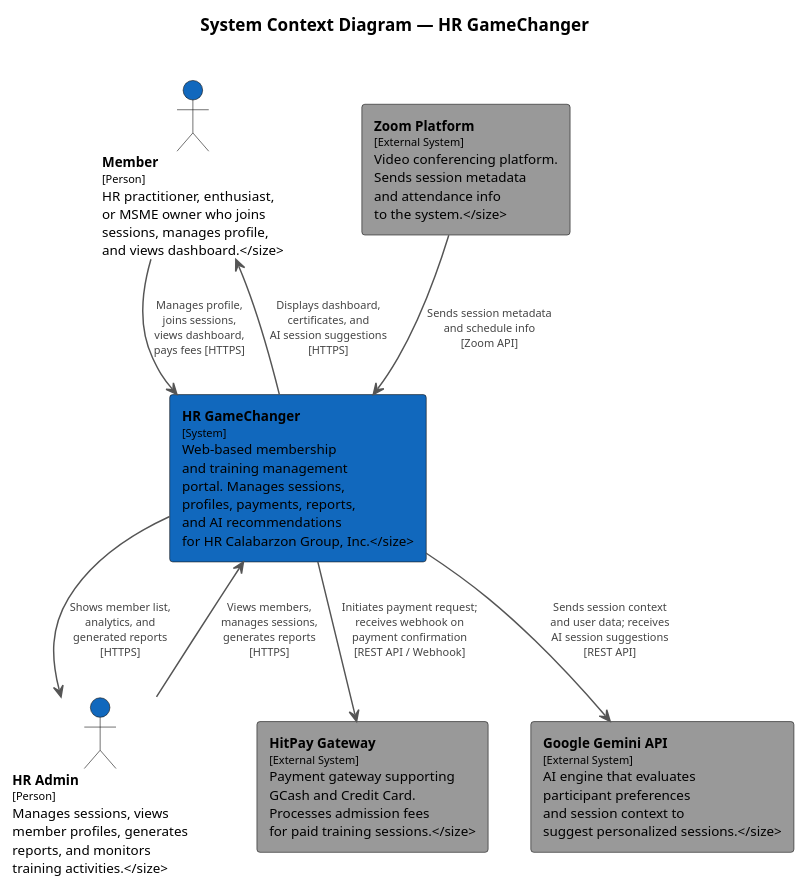
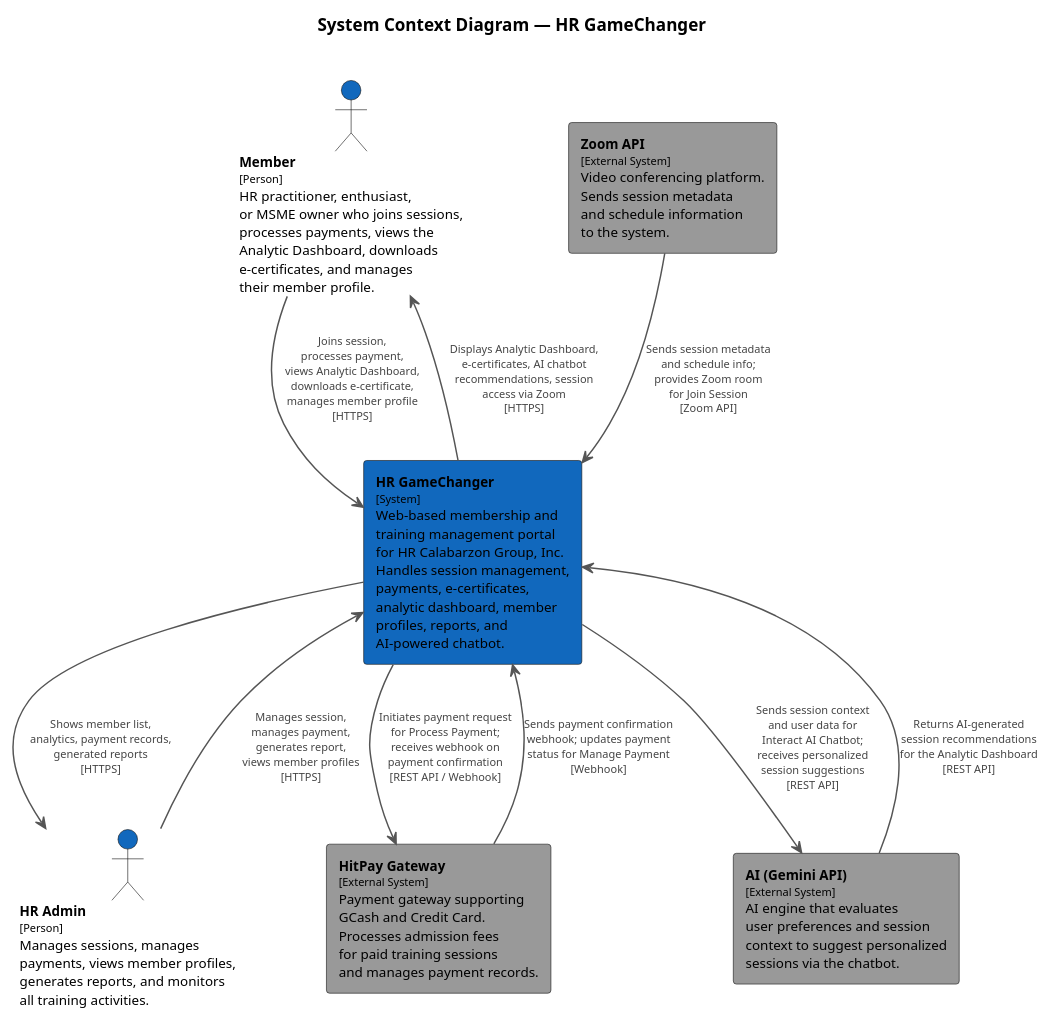
The diagram in docs/MSYADD1/C4 Diagram/SystemDiagram.puml (APC-SoCIT/APC-2026-2027-T1-SF241-Grp4-GameChanger-Web-Application-AI-Assisted-Membership-), drawn with PlantUML before and after one commit.

Commit message:
Revise System Context Diagram for HR GameChanger
Updated the System Context Diagram to include new features and improved descriptions for members and HR admins. Enhanced relationships with external systems and clarified interactions.

```diff
--- a/docs/MSYADD1/C4 Diagram/SystemDiagram.puml
+++ b/docs/MSYADD1/C4 Diagram/SystemDiagram.puml
@@ -1,43 +1,49 @@
 @startuml
 
 skinparam backgroundColor #FFFFFF
 skinparam defaultFontName Arial
 skinparam defaultFontSize 11
 skinparam ArrowColor #555555
 skinparam ArrowThickness 1.2
 skinparam ArrowFontSize 9
 skinparam ArrowFontColor #444444
 
 title <b>System Context Diagram — HR GameChanger</b>\n
 
 ' ── PEOPLE ──
-actor "**Member**\n<size:9>[Person]\nHR practitioner, enthusiast,\nor MSME owner who joins\nsessions, manages profile,\nand views dashboard.</size>" as MEM #1168BD
+actor "**Member**\n<size:9>[Person]\nHR practitioner, enthusiast,\nor MSME owner who joins sessions,\nprocesses payments, views the\nAnalytic Dashboard, downloads\ne-certificates, and manages\ntheir member profile." as MEM #1168BD
 
-actor "**HR Admin**\n<size:9>[Person]\nManages sessions, views\nmember profiles, generates\nreports, and monitors\ntraining activities.</size>" as HR #1168BD
+actor "**HR Admin**\n<size:9>[Person]\nManages sessions, manages\npayments, views member profiles,\ngenerates reports, and monitors\nall training activities." as HR #1168BD
 
 ' ── MAIN SYSTEM ──
-rectangle "**HR GameChanger**\n<size:9>[System]\nWeb-based membership\nand training management\nportal. Manages sessions,\nprofiles, payments, reports,\nand AI recommendations\nfor HR Calabarzon Group, Inc.</size>" as GC #1168BD
+rectangle "**HR GameChanger**\n<size:9>[System]\nWeb-based membership and\ntraining management portal\nfor HR Calabarzon Group, Inc.\nHandles session management,\npayments, e-certificates,\nanalytic dashboard, member\nprofiles, reports, and\nAI-powered chatbot." as GC #1168BD
 
 ' ── EXTERNAL SYSTEMS ──
-rectangle "**Zoom Platform**\n<size:9>[External System]\nVideo conferencing platform.\nSends session metadata\nand attendance info\nto the system.</size>" as ZOOM #999999
+rectangle "**Zoom API**\n<size:9>[External System]\nVideo conferencing platform.\nSends session metadata\nand schedule information\nto the system." as ZOOM #999999
 
-rectangle "**HitPay Gateway**\n<size:9>[External System]\nPayment gateway supporting\nGCash and Credit Card.\nProcesses admission fees\nfor paid training sessions.</size>" as HP #999999
+rectangle "**HitPay Gateway**\n<size:9>[External System]\nPayment gateway supporting\nGCash and Credit Card.\nProcesses admission fees\nfor paid training sessions\nand manages payment records." as HP #999999
 
-rectangle "**Google Gemini API**\n<size:9>[External System]\nAI engine that evaluates\nparticipant preferences\nand session context to\nsuggest personalized sessions.</size>" as GEM #999999
+rectangle "**AI (Gemini API)**\n<size:9>[External System]\nAI engine that evaluates\nuser preferences and session\ncontext to suggest personalized\nsessions via the chatbot." as GEM #999999
 
-' ── RELATIONSHIPS ──
-MEM --> GC : "Manages profile,\njoins sessions,\nviews dashboard,\npays fees [HTTPS]"
+' ── MEMBER RELATIONSHIPS ──
+MEM --> GC : "Joins session,\nprocesses payment,\nviews Analytic Dashboard,\ndownloads e-certificate,\nmanages member profile\n[HTTPS]"
 
-HR --> GC : "Views members,\nmanages sessions,\ngenerates reports\n[HTTPS]"
+GC --> MEM : "Displays Analytic Dashboard,\ne-certificates, AI chatbot\nrecommendations, session\naccess via Zoom\n[HTTPS]"
 
-GC --> MEM : "Displays dashboard,\ncertificates, and\nAI session suggestions\n[HTTPS]"
+' ── HR ADMIN RELATIONSHIPS ──
+HR --> GC : "Manages session,\nmanages payment,\ngenerates report,\nviews member profiles\n[HTTPS]"
 
-GC --> HR : "Shows member list,\nanalytics, and\ngenerated reports\n[HTTPS]"
+GC --> HR : "Shows member list,\nanalytics, payment records,\ngenerated reports\n[HTTPS]"
 
-ZOOM --> GC : "Sends session metadata\nand schedule info\n[Zoom API]"
+' ── EXTERNAL SYSTEM RELATIONSHIPS ──
+ZOOM --> GC : "Sends session metadata\nand schedule info;\nprovides Zoom room\nfor Join Session\n[Zoom API]"
 
-GC --> HP : "Initiates payment request;\nreceives webhook on\npayment confirmation\n[REST API / Webhook]"
+GC --> HP : "Initiates payment request\nfor Process Payment;\nreceives webhook on\npayment confirmation\n[REST API / Webhook]"
 
-GC --> GEM : "Sends session context\nand user data; receives\nAI session suggestions\n[REST API]"
+HP --> GC : "Sends payment confirmation\nwebhook; updates payment\nstatus for Manage Payment\n[Webhook]"
+
+GC --> GEM : "Sends session context\nand user data for\nInteract AI Chatbot;\nreceives personalized\nsession suggestions\n[REST API]"
+
+GEM --> GC : "Returns AI-generated\nsession recommendations\nfor the Analytic Dashboard\n[REST API]"
 
 @enduml
```
